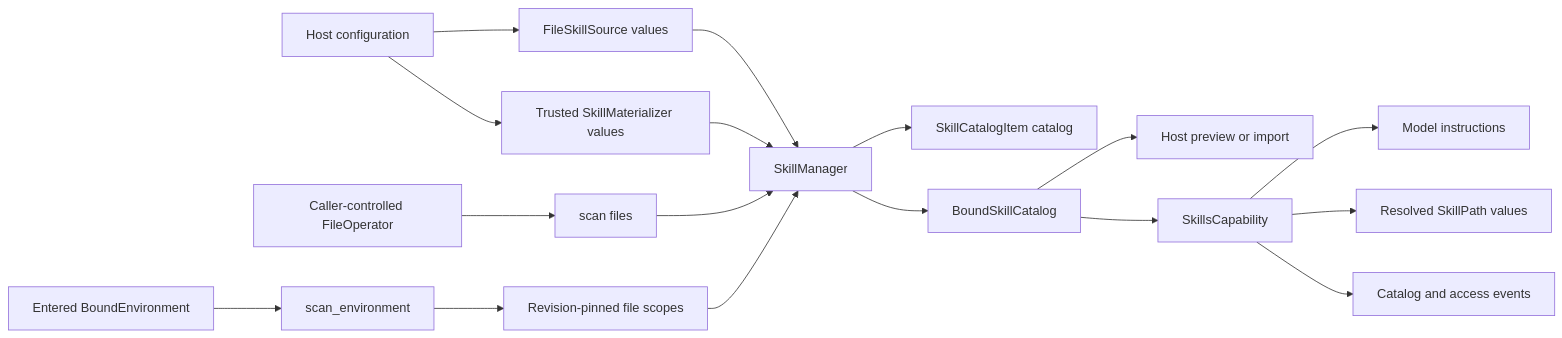
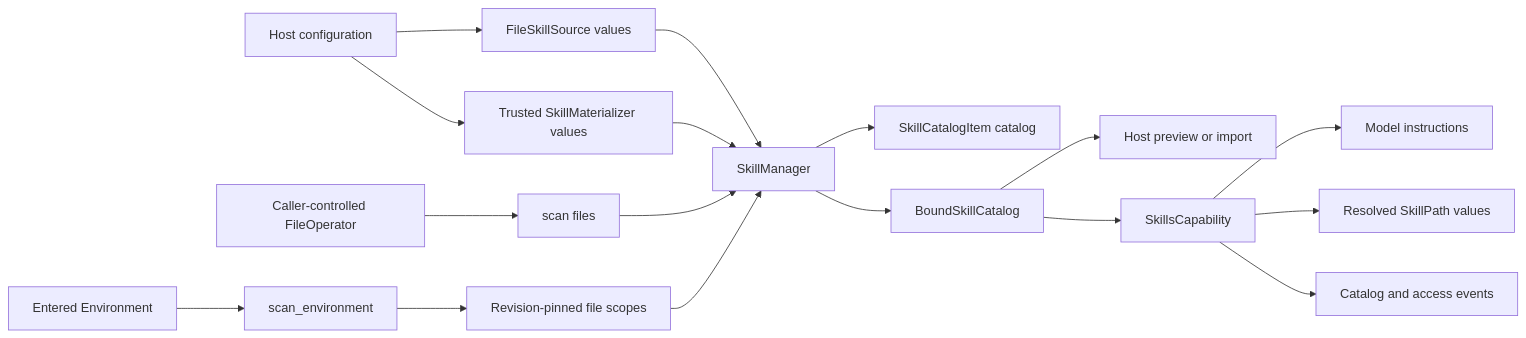
One commit to LTThreeComma/agent-foundation changed the diagram in docs/agent-harness/skills.md. Above: the diagram before and after it, drawn with Mermaid. The commit also changed other lines of this file and 125 other files, not shown here.

````diff
--- a/docs/agent-harness/skills.md
+++ b/docs/agent-harness/skills.md
@@ -14,22 +14,22 @@
 ```mermaid
 flowchart LR
     Host[Host configuration] --> Sources[FileSkillSource values]
     Host --> Materializers[Trusted SkillMaterializer values]
     Sources --> Manager[SkillManager]
     Materializers --> Manager
 
     Direct[Caller-controlled FileOperator] --> DirectScan[scan files]
     DirectScan --> Manager
     Manager --> Catalog[SkillCatalogItem catalog]
 
-    Environment[Entered BoundEnvironment] --> BoundScan[scan_environment]
+    Environment[Entered Environment] --> BoundScan[scan_environment]
     BoundScan --> Scopes[Revision-pinned file scopes]
     Scopes --> Manager
     Manager --> BoundCatalog[BoundSkillCatalog]
 
     BoundCatalog --> HostImport[Host preview or import]
     BoundCatalog --> Capability[SkillsCapability]
     Capability --> Instructions[Model instructions]
     Capability --> Paths[Resolved SkillPath values]
     Capability --> Events[Catalog and access events]
 ```
````
